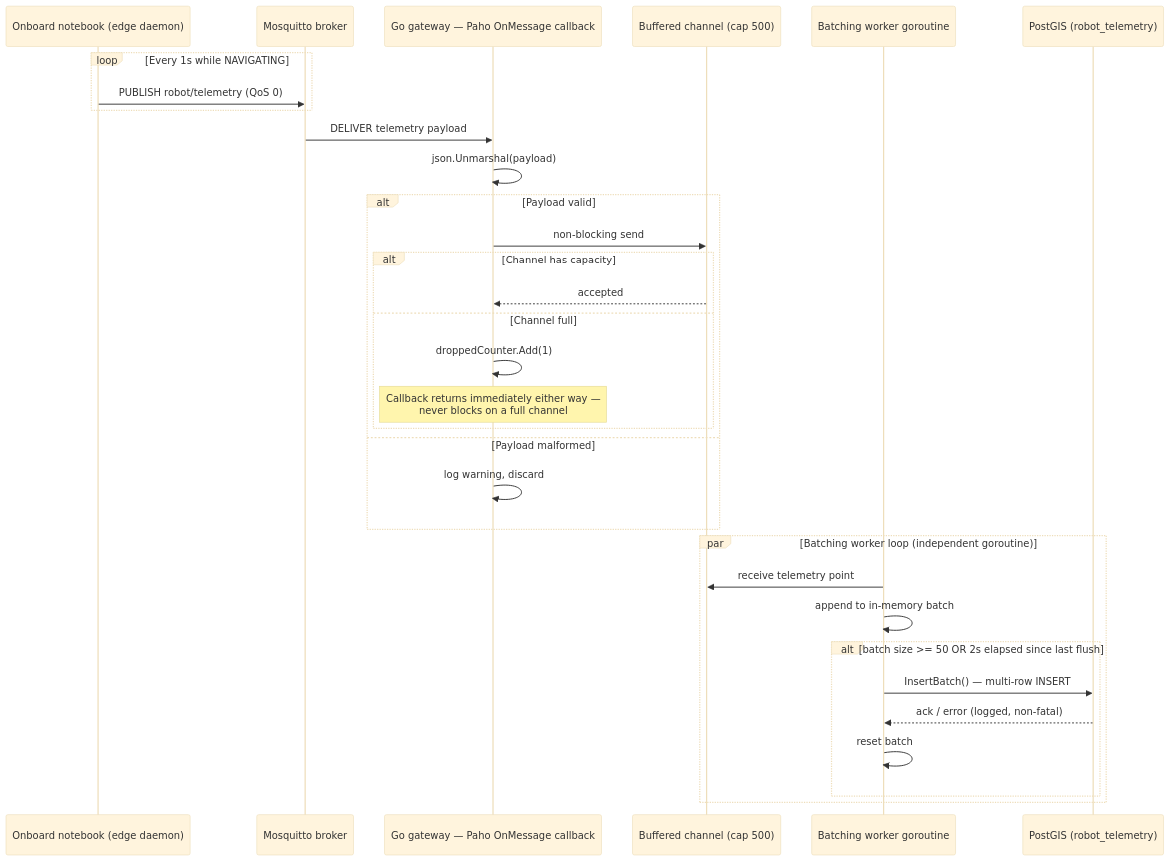
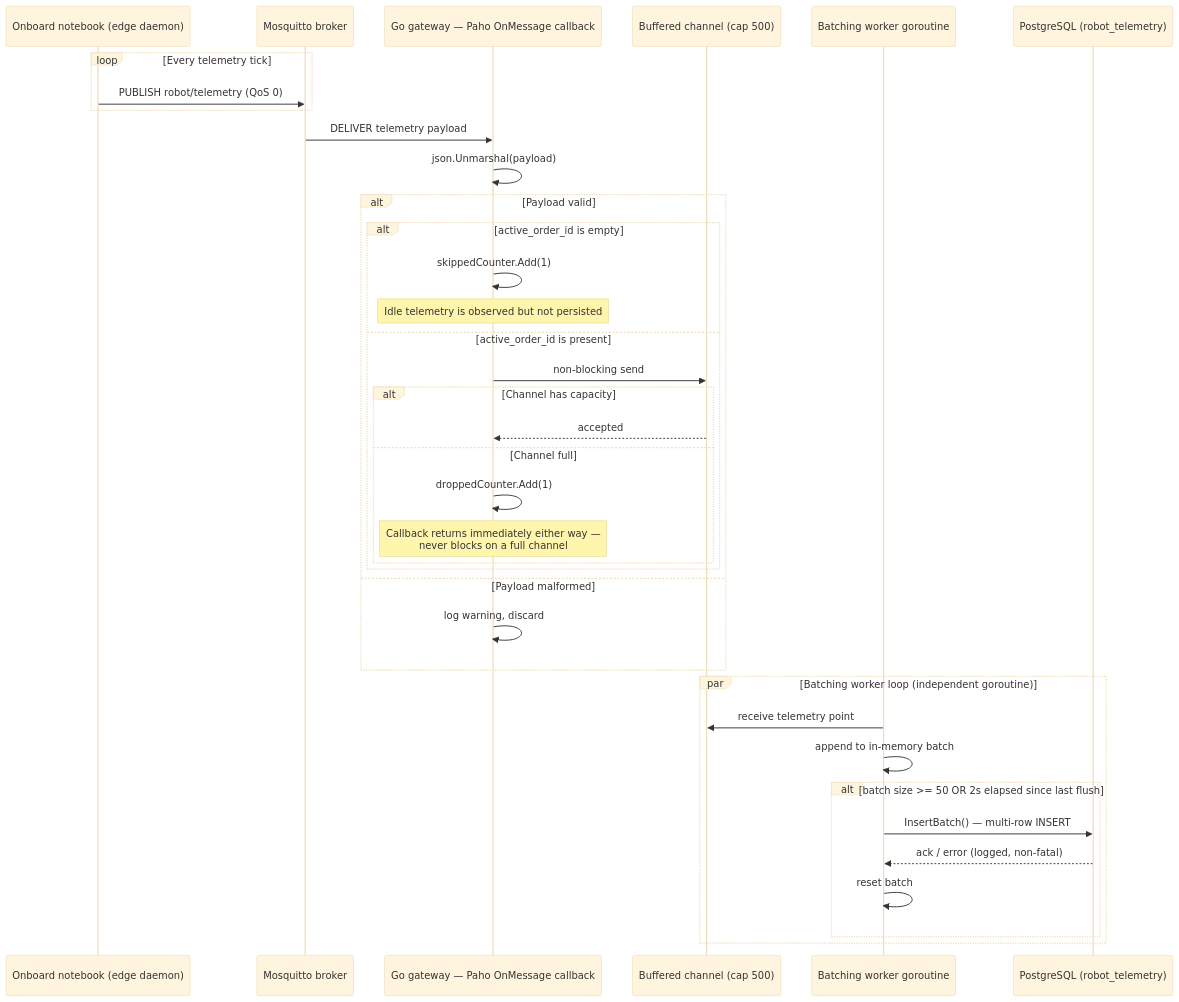
The fourth of 10 diagrams in Computacional/app/docs/STATE_FLOW.md (Santana-DS/pit-marmitron), drawn with Mermaid (base theme) before and after one commit. The commit also changed other lines of this file and 1 other file, not shown here.

Commit message:
Clarify robot telemetry and order lifecycle docs

````diff
--- a/Computacional/app/docs/STATE_FLOW.md
+++ b/Computacional/app/docs/STATE_FLOW.md
@@ -113,36 +113,41 @@
 ```mermaid
 sequenceDiagram
     participant NB as Onboard notebook (edge daemon)
     participant MQ as Mosquitto broker
     participant CB as Go gateway — Paho OnMessage callback
     participant CH as Buffered channel (cap 500)
     participant BW as Batching worker goroutine
-    participant PG as PostGIS (robot_telemetry)
+    participant PG as PostgreSQL (robot_telemetry)
 
-    loop Every 1s while NAVIGATING
+    loop Every telemetry tick
         NB->>MQ: PUBLISH robot/telemetry (QoS 0)
     end
     MQ->>CB: DELIVER telemetry payload
     CB->>CB: json.Unmarshal(payload)
     alt Payload valid
-        CB->>CH: non-blocking send
-        alt Channel has capacity
-            CH-->>CB: accepted
-        else Channel full
-            CB->>CB: droppedCounter.Add(1)
-            Note over CB: Callback returns immediately either way —<br/>never blocks on a full channel
+        alt active_order_id is empty
+            CB->>CB: skippedCounter.Add(1)
+            Note over CB: Idle telemetry is observed but not persisted
+        else active_order_id is present
+            CB->>CH: non-blocking send
+            alt Channel has capacity
+                CH-->>CB: accepted
+            else Channel full
+                CB->>CB: droppedCounter.Add(1)
+                Note over CB: Callback returns immediately either way —<br/>never blocks on a full channel
+            end
         end
     else Payload malformed
         CB->>CB: log warning, discard
     end
 
     par Batching worker loop (independent goroutine)
         BW->>CH: receive telemetry point
         BW->>BW: append to in-memory batch
         alt batch size >= 50 OR 2s elapsed since last flush
             BW->>PG: InsertBatch() — multi-row INSERT
             PG-->>BW: ack / error (logged, non-fatal)
             BW->>BW: reset batch
         end
     end
 ```
````
